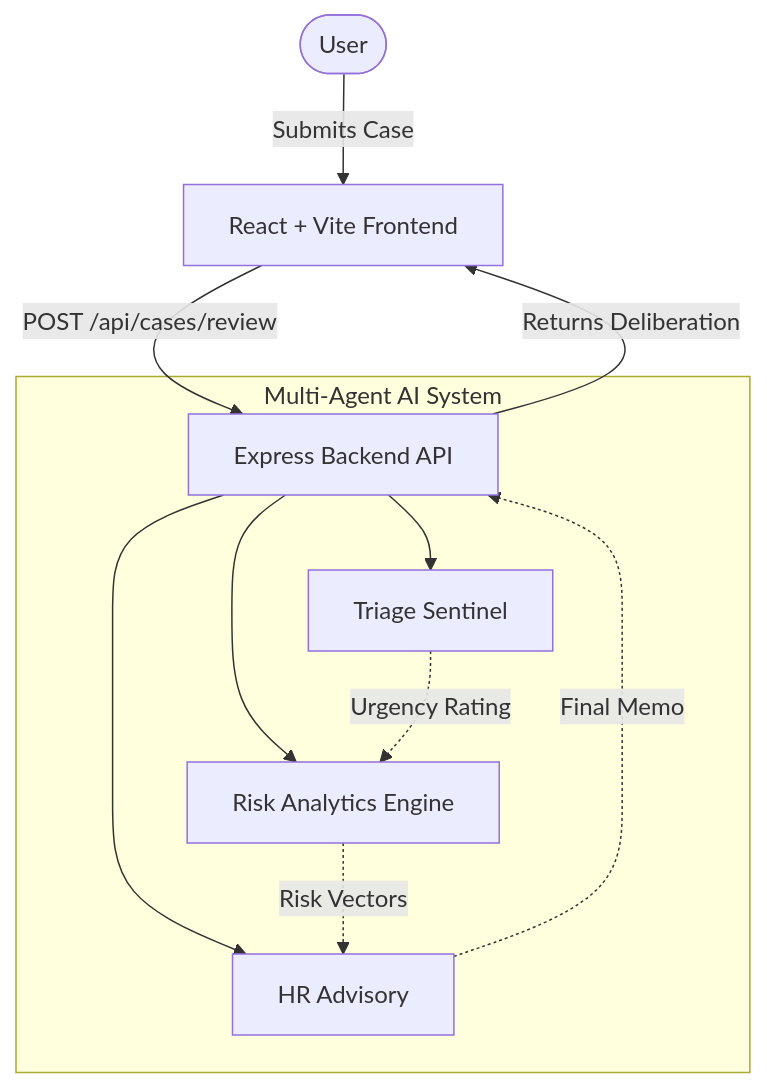
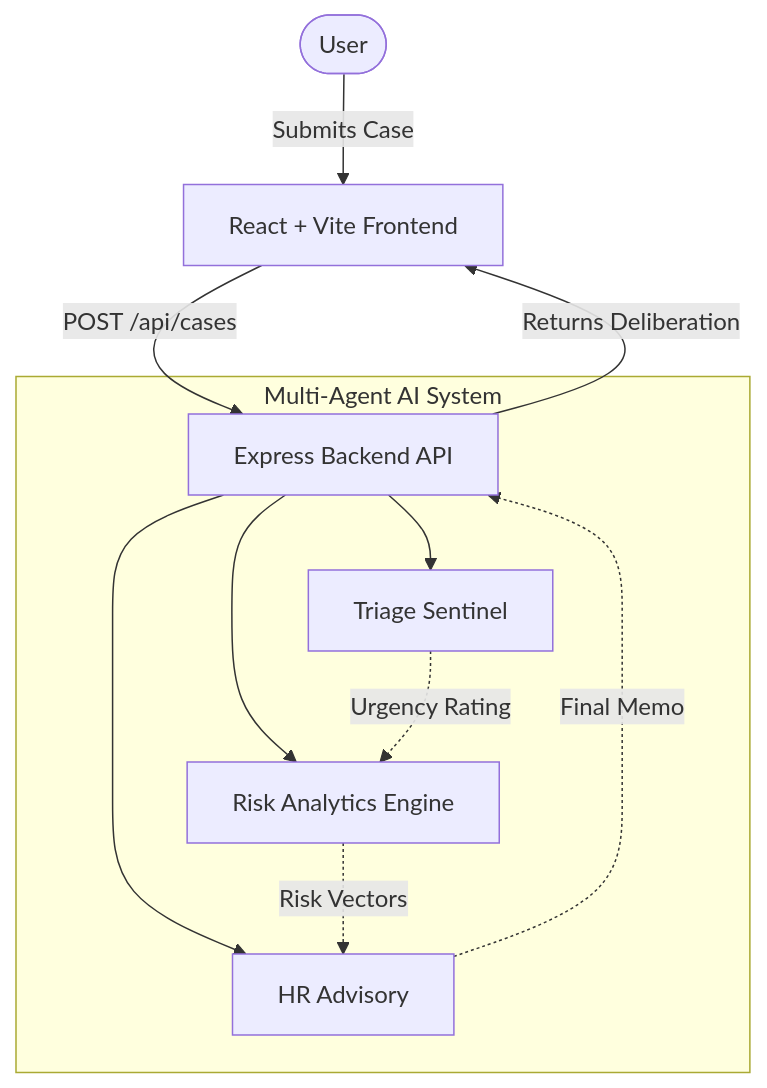
The diagram in README.md (anushkagupta200615-jpg/Haven), drawn with Mermaid before and after one commit. The commit also changed other lines of this file, not shown here.

````diff
--- a/README.md
+++ b/README.md
@@ -9,17 +21,17 @@
 ```mermaid
 graph TD
     User([User]) -->|Submits Case| UI[React + Vite Frontend]
-    UI -->|POST /api/cases/review| API[Express Backend API]
+    UI -->|POST /api/cases| API[Express Backend API]
     
     subgraph Multi-Agent AI System
         API --> Agent1[Triage Sentinel]
         API --> Agent2[Risk Analytics Engine]
         API --> Agent3[HR Advisory]
         
         Agent1 -.->|Urgency Rating| Agent2
         Agent2 -.->|Risk Vectors| Agent3
         Agent3 -.->|Final Memo| API
     end
     
     API -->|Returns Deliberation| UI
 ```
````
